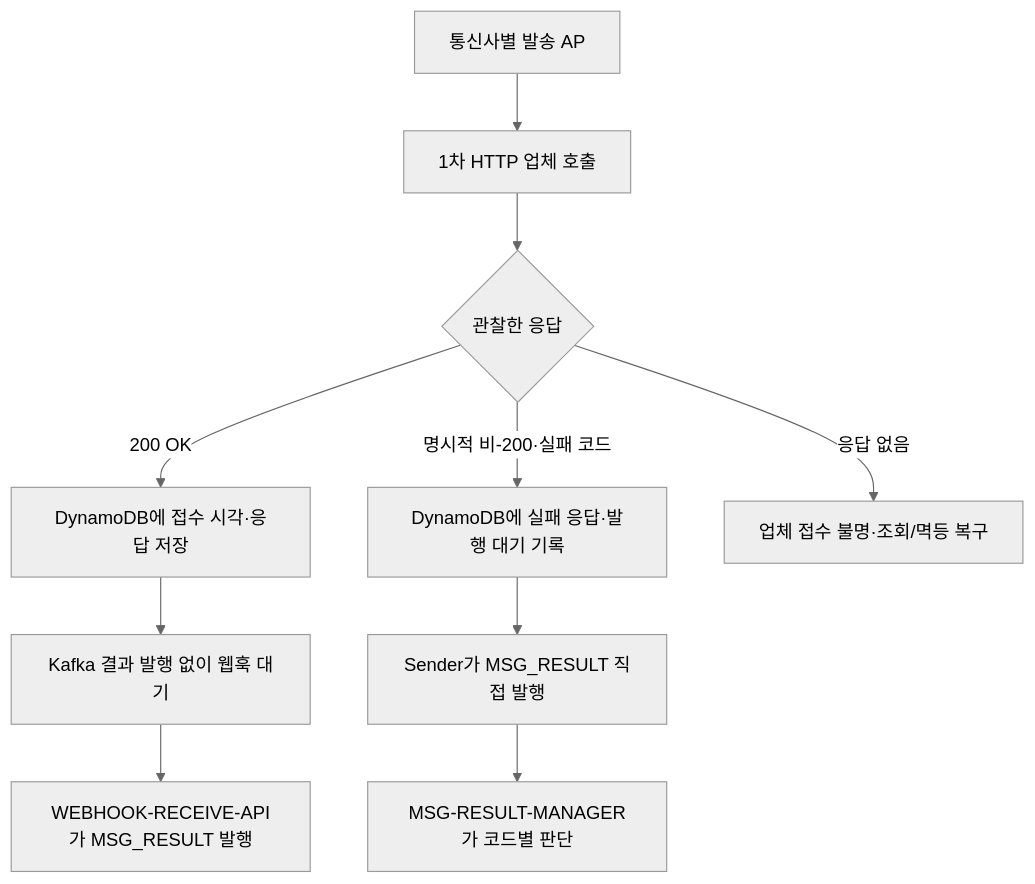
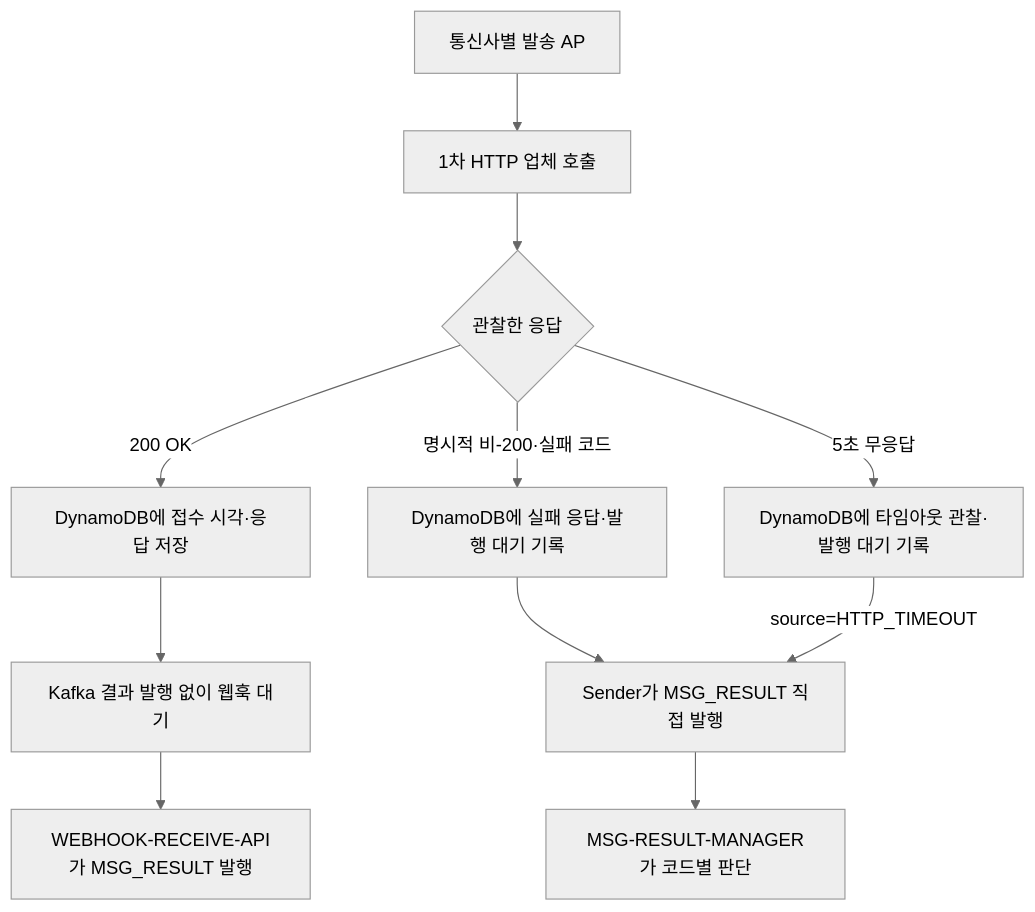
One commit to hyun-seung/High-throughput-event-platform changed the diagram in docs/54-메시징-오류-코드와-결과-인계-계약.md. Above: the diagram before and after it, drawn with Mermaid (neutral theme). The commit also changed other lines of this file and 21 other files, not shown here.

Commit message:
HTTP 무응답 재발송과 2차 발송 조건을 정리

````diff
--- a/docs/54-메시징-오류-코드와-결과-인계-계약.md
+++ b/docs/54-메시징-오류-코드와-결과-인계-계약.md
@@ -35,12 +36,13 @@
 ```mermaid
 flowchart TD
     S[통신사별 발송 AP] --> P[1차 HTTP 업체 호출]
     P --> R{관찰한 응답}
     R -->|200 OK| A[DynamoDB에 접수 시각·응답 저장]
     A --> W[Kafka 결과 발행 없이 웹훅 대기]
     W --> H[WEBHOOK-RECEIVE-API가 MSG_RESULT 발행]
     R -->|명시적 비-200·실패 코드| F[DynamoDB에 실패 응답·발행 대기 기록]
     F --> K[Sender가 MSG_RESULT 직접 발행]
     K --> M[MSG-RESULT-MANAGER가 코드별 판단]
-    R -->|응답 없음| U[업체 접수 불명·조회/멱등 복구]
+    R -->|5초 무응답| U[DynamoDB에 타임아웃 관찰·발행 대기 기록]
+    U -->|source=HTTP_TIMEOUT| K
 ```
````
